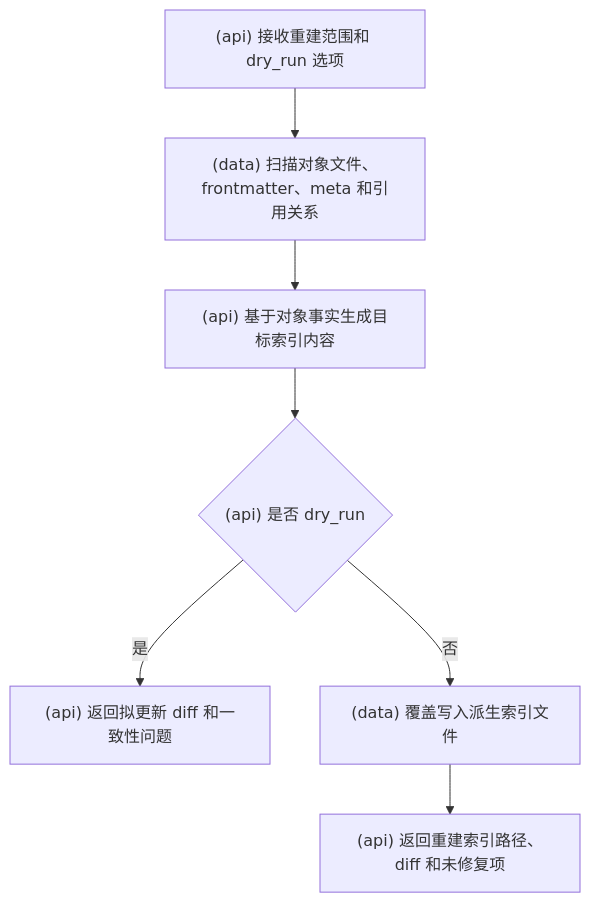
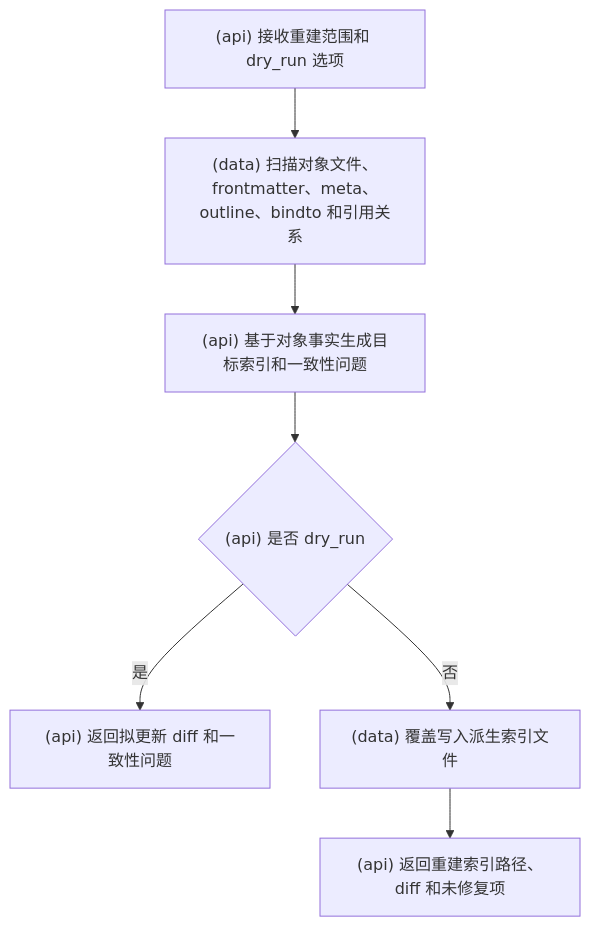
Before and after one commit to srangerme/KBManager: diagram 18 of 19 in docs/流程图.md, drawn with Mermaid. The commit also changed other lines of this file and 27 other files, not shown here.

````diff
--- a/docs/流程图.md
+++ b/docs/流程图.md
@@ -184,9 +238,9 @@
 ```mermaid
 flowchart TD
-  A["(api) 接收重建范围和 dry_run 选项"] --> B["(data) 扫描对象文件、frontmatter、meta 和引用关系"]
-  B --> C["(api) 基于对象事实生成目标索引内容"]
+  A["(api) 接收重建范围和 dry_run 选项"] --> B["(data) 扫描对象文件、frontmatter、meta、outline、bindto 和引用关系"]
+  B --> C["(api) 基于对象事实生成目标索引和一致性问题"]
   C --> D{"(api) 是否 dry_run"}
   D -- 是 --> E["(api) 返回拟更新 diff 和一致性问题"]
   D -- 否 --> F["(data) 覆盖写入派生索引文件"]
   F --> G["(api) 返回重建索引路径、diff 和未修复项"]
 ```
````
